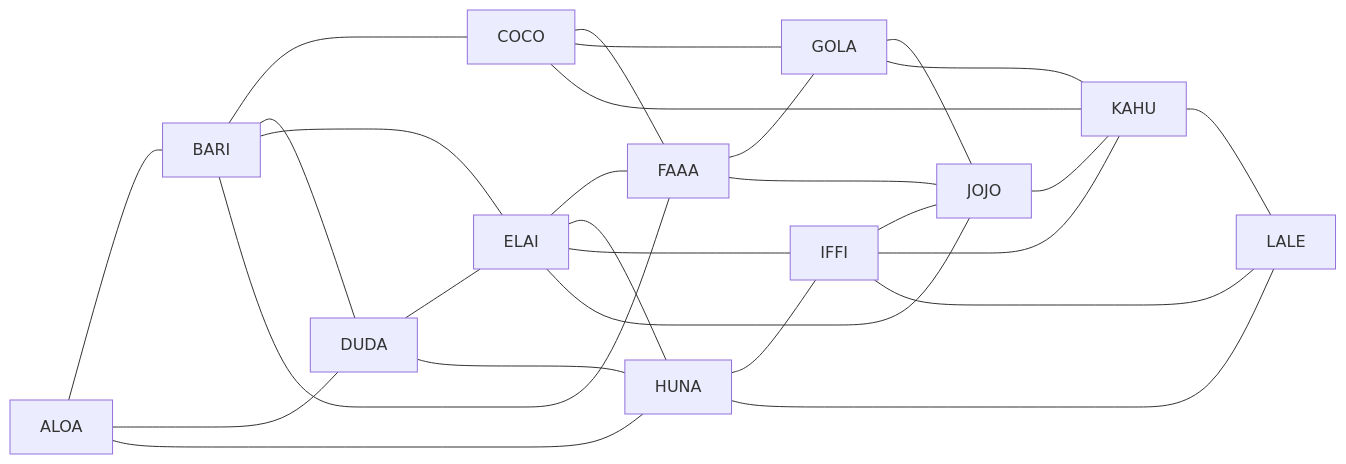
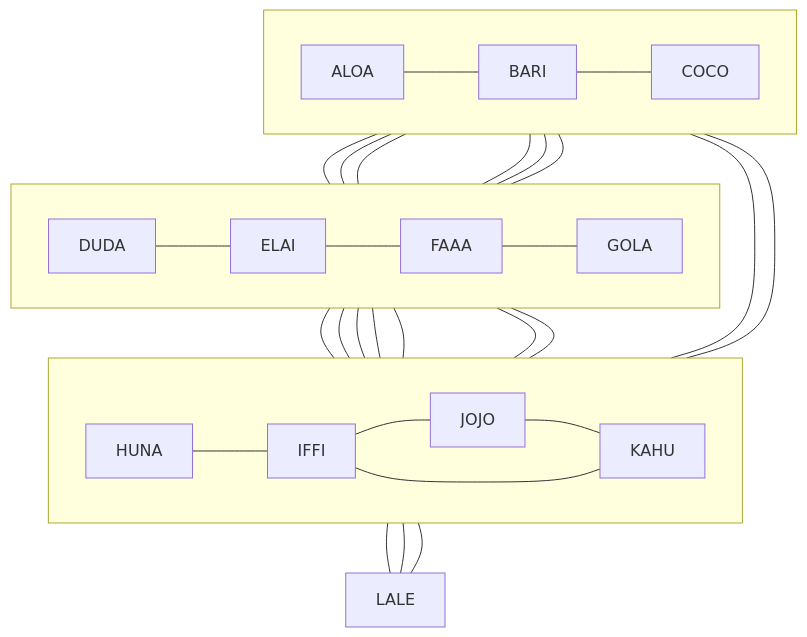
The first of 2 diagrams in meeple/games/kahuna/RULES.md (clee704/meeple), drawn with Mermaid before and after one commit. The commit also changed other lines of this file, not shown here.

Commit message:
docs: lay out Kahuna's board diagram to match the physical rows
Grouped the 27 bridge lines into 3 Mermaid subgraphs (one per physical
row: ALOA/BARI/COCO, DUDA/ELAI/FAAA/GOLA, HUNA/IFFI/JOJO/KAHU) plus
LALE on its own, each row set to left-to-right internal ordering. This
gives the renderer a much stronger hint to match the real board layout
than an unordered node/edge list, which should cut down on crossing
lines for anyone actually looking at the diagram.

````diff
--- a/meeple/games/kahuna/RULES.md
+++ b/meeple/games/kahuna/RULES.md
@@ -32,30 +42,36 @@
 ```mermaid
-graph LR
-    ALOA --- BARI
+graph TB
+    subgraph Row1[ ]
+        direction LR
+        ALOA --- BARI --- COCO
+    end
+    subgraph Row2[ ]
+        direction LR
+        DUDA --- ELAI --- FAAA --- GOLA
+    end
+    subgraph Row3[ ]
+        direction LR
+        HUNA --- IFFI --- JOJO --- KAHU
+    end
+    LALE
+
     ALOA --- DUDA
     ALOA --- HUNA
-    BARI --- COCO
     BARI --- DUDA
     BARI --- ELAI
     BARI --- FAAA
     COCO --- FAAA
     COCO --- GOLA
     COCO --- KAHU
-    DUDA --- ELAI
     DUDA --- HUNA
-    ELAI --- FAAA
     ELAI --- HUNA
     ELAI --- IFFI
     ELAI --- JOJO
-    FAAA --- GOLA
     FAAA --- JOJO
     GOLA --- JOJO
     GOLA --- KAHU
-    HUNA --- IFFI
     HUNA --- LALE
-    IFFI --- JOJO
     IFFI --- KAHU
     IFFI --- LALE
-    JOJO --- KAHU
     KAHU --- LALE
 ```
````
